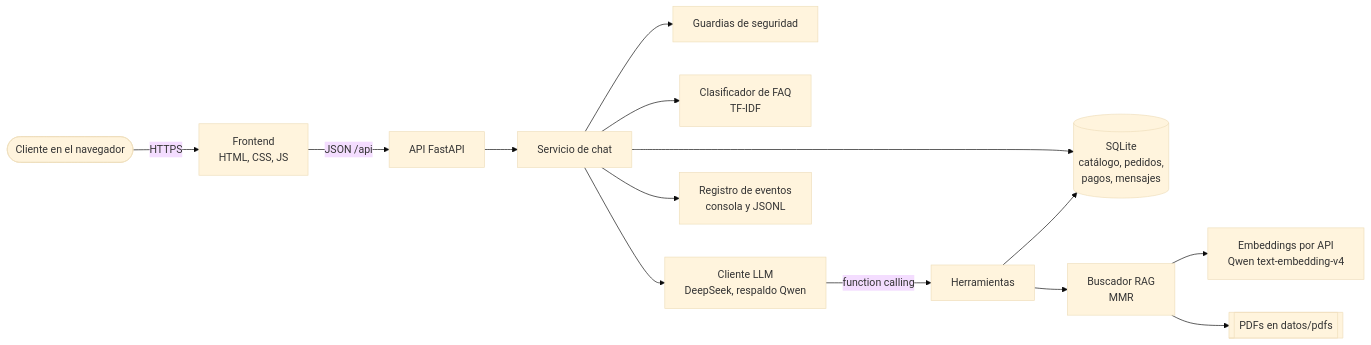
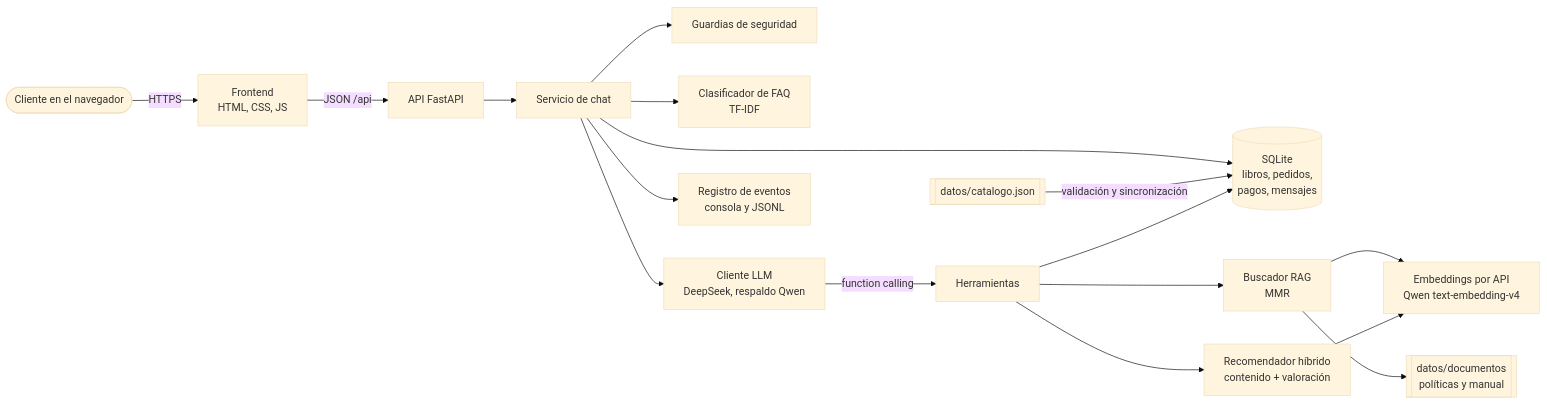
The first of 3 diagrams in README.md (MechatronicCoder/chatbot-llm-rag), drawn with Mermaid (base theme) before and after one commit. The commit also changed other lines of this file and 76 other files, not shown here.

First line of the commit message:
feat: catálogo de libros y recomendador híbrido

````diff
--- a/README.md
+++ b/README.md
@@ -84,16 +93,19 @@
 ```mermaid
 flowchart LR
     U([Cliente en el navegador]) -->|HTTPS| F[Frontend<br/>HTML, CSS, JS]
     F -->|JSON /api| A[API FastAPI]
     A --> S[Servicio de chat]
     S --> G[Guardias de seguridad]
     S --> Q[Clasificador de FAQ<br/>TF-IDF]
     S --> L[Cliente LLM<br/>DeepSeek, respaldo Qwen]
     L -->|function calling| H[Herramientas]
-    H --> D[(SQLite<br/>catálogo, pedidos,<br/>pagos, mensajes)]
+    H --> D[(SQLite<br/>libros, pedidos,<br/>pagos, mensajes)]
+    H --> REC[Recomendador híbrido<br/>contenido + valoración]
     H --> R[Buscador RAG<br/>MMR]
-    R --> E[Embeddings por API<br/>Qwen text-embedding-v4]
-    R --> P[[PDFs en datos/pdfs]]
+    REC --> E[Embeddings por API<br/>Qwen text-embedding-v4]
+    R --> E
+    R --> P[[datos/documentos<br/>políticas y manual]]
+    C[[datos/catalogo.json]] -->|validación y sincronización| D
     S --> D
     S --> O[Registro de eventos<br/>consola y JSONL]
 ```
````
